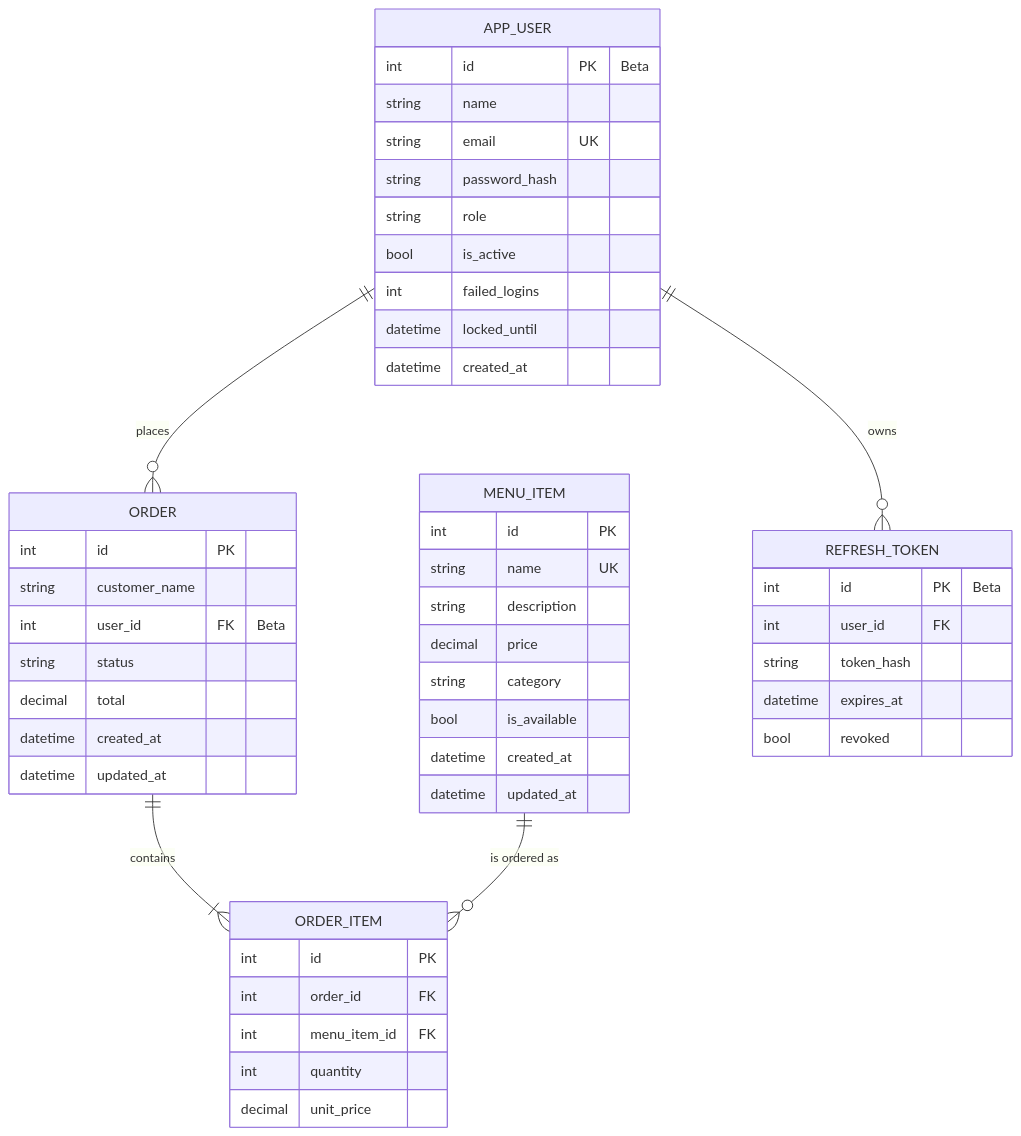
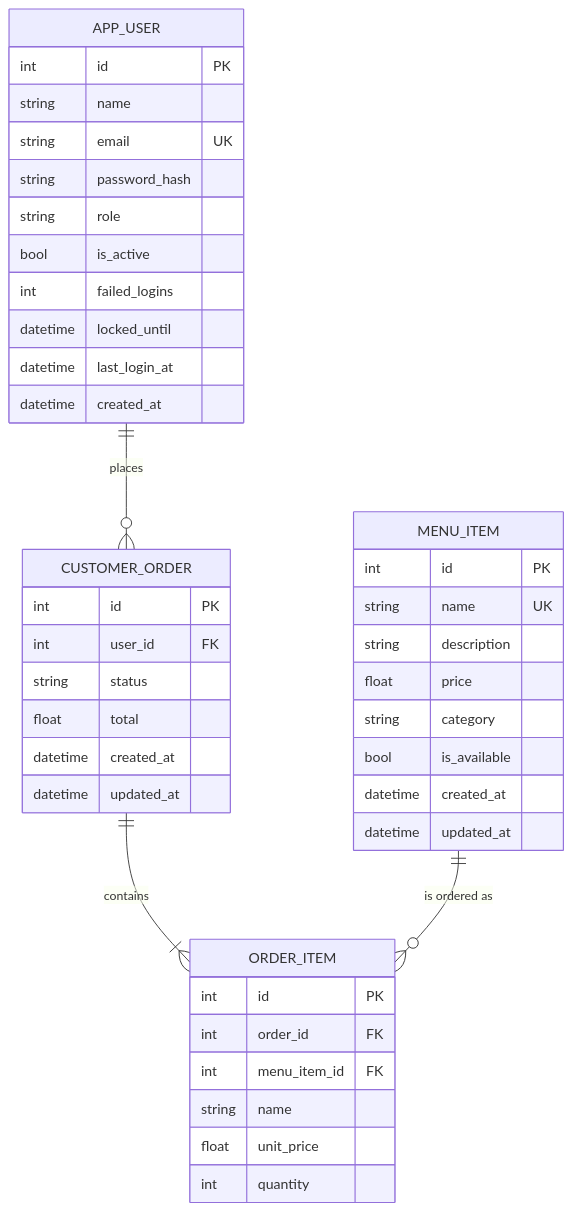
The fifth of 5 diagrams in docs/03-tdd.md (Mdhossain567/2312144-S6-CampusEats), drawn with Mermaid before and after one commit. The commit also changed other lines of this file, not shown here.

````diff
--- a/docs/03-tdd.md
+++ b/docs/03-tdd.md
@@ -133,52 +144,45 @@
 ```mermaid
 erDiagram
-    APP_USER ||--o{ ORDER : places
-    ORDER ||--|{ ORDER_ITEM : contains
+    APP_USER ||--o{ CUSTOMER_ORDER : places
+    CUSTOMER_ORDER ||--|{ ORDER_ITEM : contains
     MENU_ITEM ||--o{ ORDER_ITEM : "is ordered as"
-    APP_USER ||--o{ REFRESH_TOKEN : owns
 
     MENU_ITEM {
         int id PK
         string name UK
         string description
-        decimal price
+        float price
         string category
         bool is_available
         datetime created_at
         datetime updated_at
     }
-    ORDER {
+    APP_USER {
         int id PK
-        string customer_name
-        int user_id FK "Beta"
+        string name
+        string email UK
+        string password_hash
+        string role
+        bool is_active
+        int failed_logins
+        datetime locked_until
+        datetime last_login_at
+        datetime created_at
+    }
+    CUSTOMER_ORDER {
+        int id PK
+        int user_id FK
         string status
-        decimal total
+        float total
         datetime created_at
         datetime updated_at
     }
     ORDER_ITEM {
         int id PK
         int order_id FK
         int menu_item_id FK
+        string name
+        float unit_price
         int quantity
-        decimal unit_price
-    }
-    APP_USER {
-        int id PK "Beta"
-        string name
-        string email UK
-        string password_hash
-        string role
-        bool is_active
-        int failed_logins
-        datetime locked_until
-        datetime created_at
-    }
-    REFRESH_TOKEN {
-        int id PK "Beta"
-        int user_id FK
-        string token_hash
-        datetime expires_at
-        bool revoked
     }
 ```
````
